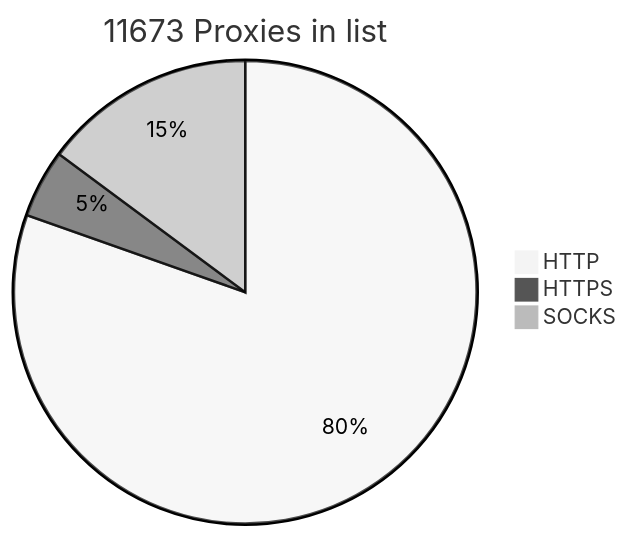
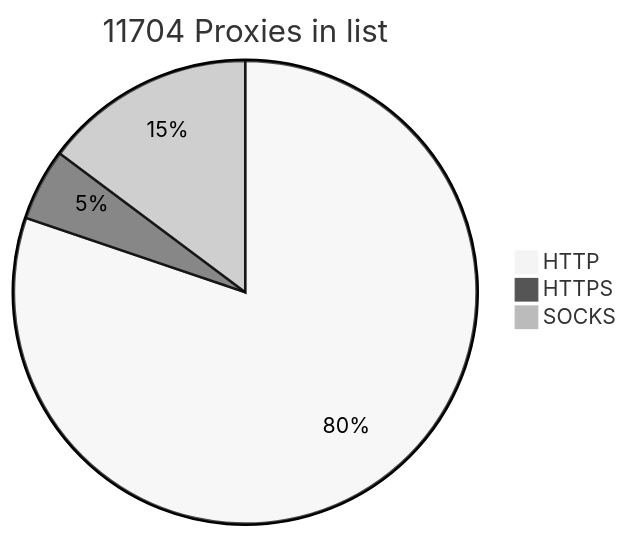
Before and after one commit to BlackSnowDot/proxylist-update-every-minute: the diagram in README.md, drawn with Mermaid (neutral theme). The commit also changed other lines of this file, not shown here.

````diff
--- a/README.md
+++ b/README.md
@@ -2,6 +2,6 @@
 ```mermaid
-pie title 11673 Proxies in list
-    "HTTP" : 9389
-    "HTTPS": 556
+pie title 11704 Proxies in list
+    "HTTP" : 9409
+    "HTTPS": 590
     "SOCKS" : 1733
 ```
````
